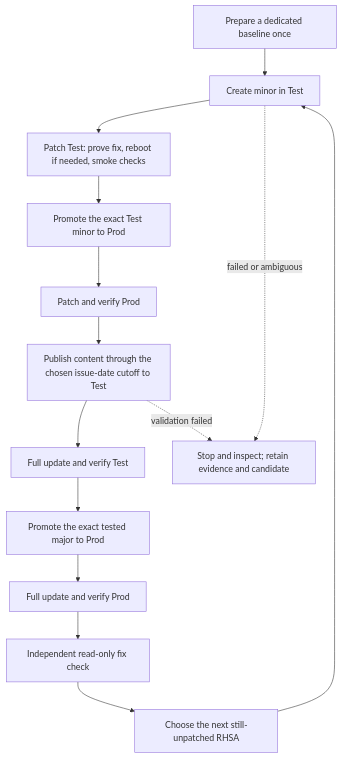
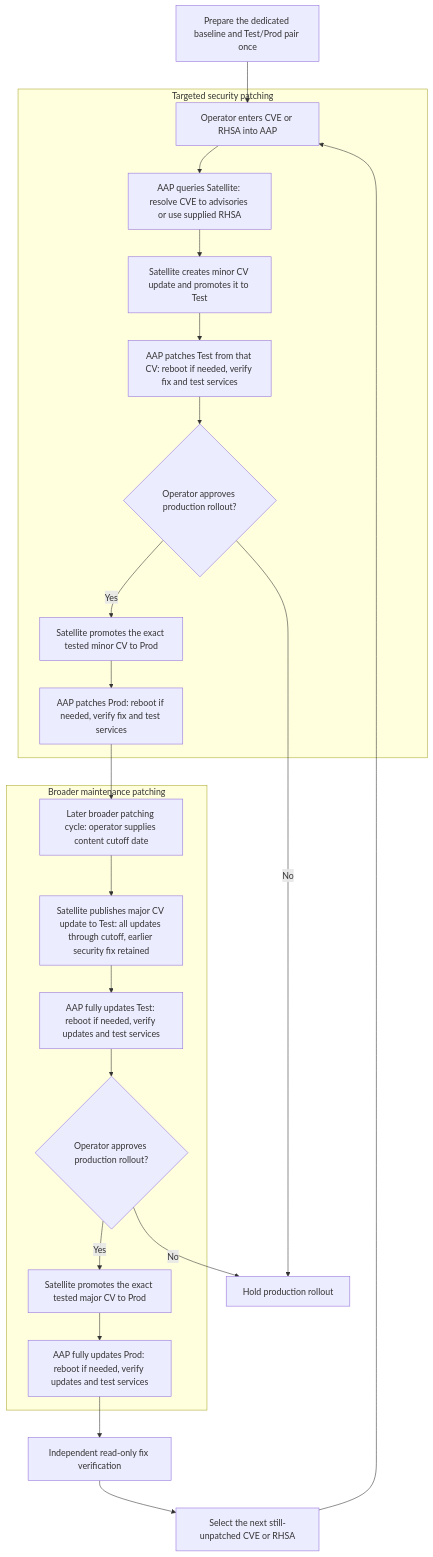
Before and after one commit to kvegh/RHEL-sniperpatching: the diagram in docs/process.md, drawn with Mermaid. The commit also changed other lines of this file and 14 other files, not shown here.

````diff
--- a/docs/process.md
+++ b/docs/process.md
@@ -8,16 +18,30 @@
 ```mermaid
 flowchart TD
-    A[Prepare a dedicated baseline once] --> B[Create minor in Test]
-    B --> C[Patch Test: prove fix, reboot if needed, smoke checks]
-    C --> D[Promote the exact Test minor to Prod]
-    D --> E[Patch and verify Prod]
-    E --> F[Publish content through the chosen issue-date cutoff to Test]
-    F --> G[Full update and verify Test]
-    G --> H[Promote the exact tested major to Prod]
-    H --> I[Full update and verify Prod]
-    I --> J[Independent read-only fix check]
-    J --> K[Choose the next still-unpatched RHSA]
-    K --> B
-    B -. failed or ambiguous .-> S[Stop and inspect; retain evidence and candidate]
-    F -. validation failed .-> S
+    BASELINE["Prepare the dedicated baseline and Test/Prod pair once"]
+    BASELINE --> INPUT["Operator enters CVE or RHSA into AAP"]
+
+    subgraph TARGETED["Targeted security patching"]
+        INPUT --> RESOLVE["AAP queries Satellite: resolve CVE to advisories or use supplied RHSA"]
+        RESOLVE --> MINOR["Satellite creates minor CV update and promotes it to Test"]
+        MINOR --> TEST["AAP patches Test from that CV: reboot if needed, verify fix and test services"]
+        TEST --> APPROVE{"Operator approves production rollout?"}
+        APPROVE -->|Yes| PROMOTE["Satellite promotes the exact tested minor CV to Prod"]
+        PROMOTE --> PROD["AAP patches Prod: reboot if needed, verify fix and test services"]
+    end
+
+    PROD --> TIME["Later broader patching cycle: operator supplies content cutoff date"]
+
+    subgraph FULL["Broader maintenance patching"]
+        TIME --> MAJOR["Satellite publishes major CV update to Test: all updates through cutoff, earlier security fix retained"]
+        MAJOR --> FULLTEST["AAP fully updates Test: reboot if needed, verify updates and test services"]
+        FULLTEST --> APPROVEFULL{"Operator approves production rollout?"}
+        APPROVEFULL -->|Yes| PROMOTEFULL["Satellite promotes the exact tested major CV to Prod"]
+        PROMOTEFULL --> FULLPROD["AAP fully updates Prod: reboot if needed, verify updates and test services"]
+    end
+
+    APPROVE -->|No| HOLD["Hold production rollout"]
+    APPROVEFULL -->|No| HOLD
+    FULLPROD --> CHECK["Independent read-only fix verification"]
+    CHECK --> NEXT["Select the next still-unpatched CVE or RHSA"]
+    NEXT --> INPUT
 ```
````
